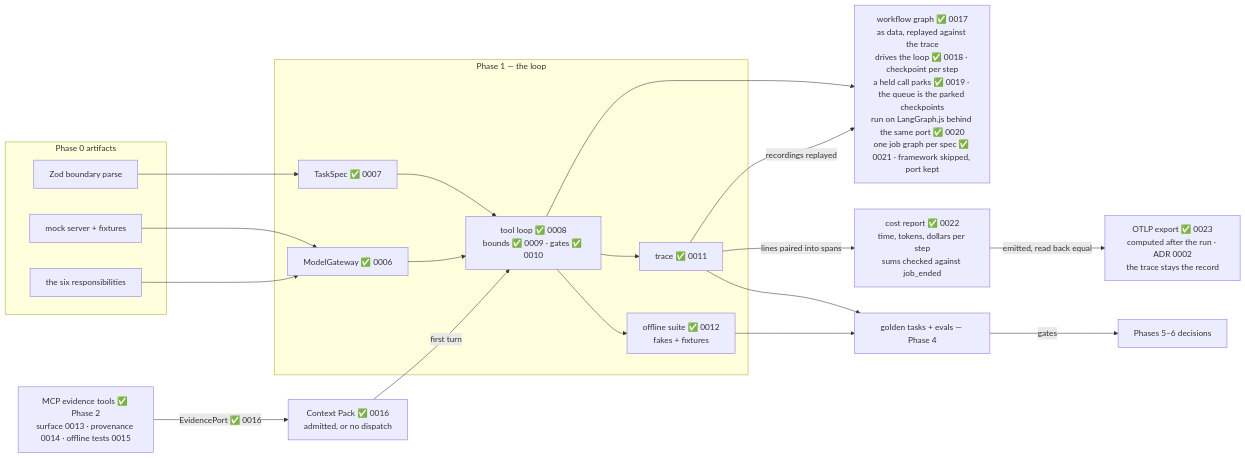
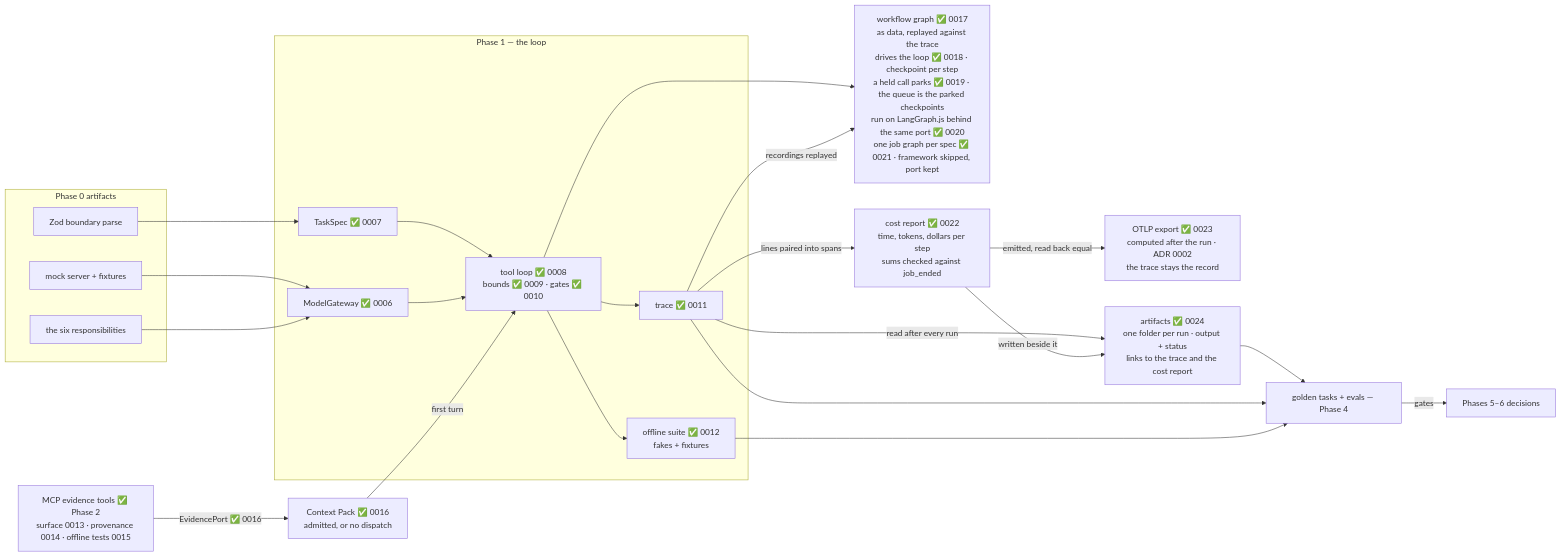
Before and after one commit to JozsefKiss90/TS: the seventh of 7 diagrams in wiki/course/course-module-graph.md, drawn with Mermaid. The commit also changed other lines of this file and 14 other files, not shown here.

First line of the commit message:
Ship lesson 0024 - Landing the Outputs; lab 14 lands one artifact per run

````diff
--- a/wiki/course/course-module-graph.md
+++ b/wiki/course/course-module-graph.md
@@ -136,31 +136,34 @@
 ```mermaid
 flowchart LR
     subgraph PH0["Phase 0 artifacts"]
         MOCK["mock server + fixtures"]
         SIX["the six responsibilities"]
         ZOD["Zod boundary parse"]
     end
     subgraph PH1["Phase 1 — the loop"]
         GWY["ModelGateway ✅ 0006"]
         SPEC["TaskSpec ✅ 0007"]
         TLOOP["tool loop ✅ 0008<br/>bounds ✅ 0009 · gates ✅ 0010"]
         TR["trace ✅ 0011"]
         TESTS["offline suite ✅ 0012<br/>fakes + fixtures"]
     end
     MOCK --> GWY
     SIX --> GWY
     ZOD --> SPEC
     SPEC --> TLOOP
     GWY --> TLOOP
     TLOOP --> TR
     TLOOP --> TESTS
     EV["MCP evidence tools ✅ Phase 2<br/>surface 0013 · provenance 0014 · offline tests 0015"] -->|"EvidencePort ✅ 0016"| PACK["Context Pack ✅ 0016<br/>admitted, or no dispatch"]
     PACK -->|"first turn"| TLOOP
     TLOOP --> WG["workflow graph ✅ 0017<br/>as data, replayed against the trace<br/>drives the loop ✅ 0018 · checkpoint per step<br/>a held call parks ✅ 0019 · the queue is the parked checkpoints<br/>run on LangGraph.js behind the same port ✅ 0020<br/>one job graph per spec ✅ 0021 · framework skipped, port kept"]
     TR -->|"recordings replayed"| WG
     TR -->|"lines paired into spans"| COST["cost report ✅ 0022<br/>time, tokens, dollars per step<br/>sums checked against job_ended"]
     COST -->|"emitted, read back equal"| OTLP["OTLP export ✅ 0023<br/>computed after the run · ADR 0002<br/>the trace stays the record"]
-    TR --> EVAL["golden tasks + evals — Phase 4"]
+    TR -->|"read after every run"| LAND["artifacts ✅ 0024<br/>one folder per run · output + status<br/>links to the trace and the cost report"]
+    COST -->|"written beside it"| LAND
+    LAND --> EVAL["golden tasks + evals — Phase 4"]
+    TR --> EVAL
     TESTS --> EVAL
     EVAL -->|"gates"| P5P6["Phases 5–6 decisions"]
 ```
````
